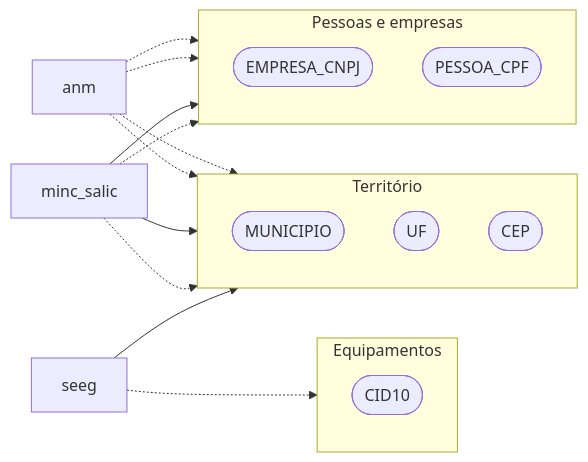
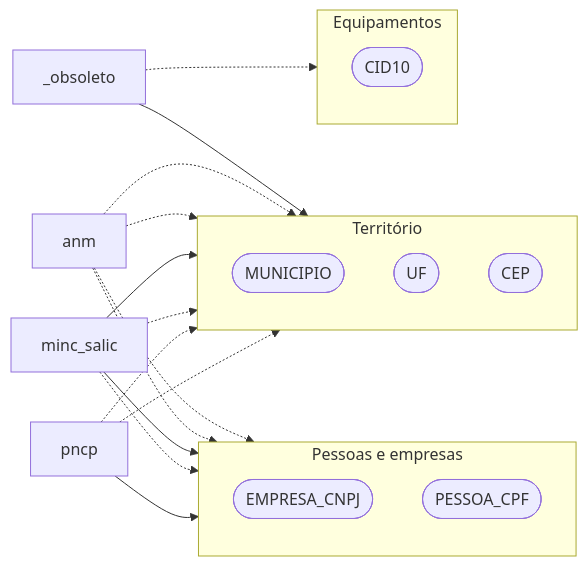
Diagram 12 of 12 in docs/Flow.md (rafapolo/rodado), drawn with Mermaid before and after one commit. The commit also changed other lines of this file and 17 other files, not shown here.

````diff
--- a/docs/Flow.md
+++ b/docs/Flow.md
@@ -958,31 +969,35 @@
 ```mermaid
 flowchart LR
+    outros__obsoleto["_obsoleto"]
     outros_br_anm["anm"]
     outros_br_minc_salic["minc_salic"]
-    outros_br_seeg["seeg"]
+    outros_br_pncp["pncp"]
     subgraph outros_g_territ_rio["Território"]
         direction TB
         outros_MUNICIPIO(["MUNICIPIO"])
         outros_UF(["UF"])
         outros_CEP(["CEP"])
     end
     subgraph outros_g_pessoas_e_empresas["Pessoas e empresas"]
         direction TB
         outros_EMPRESA_CNPJ(["EMPRESA_CNPJ"])
         outros_PESSOA_CPF(["PESSOA_CPF"])
     end
     subgraph outros_g_equipamentos["Equipamentos"]
         direction TB
         outros_CID10(["CID10"])
     end
+    outros__obsoleto -.-> outros_CID10
+    outros__obsoleto --> outros_MUNICIPIO
     outros_br_anm -.-> outros_EMPRESA_CNPJ
     outros_br_anm -.-> outros_MUNICIPIO
     outros_br_anm -.-> outros_PESSOA_CPF
     outros_br_anm -.-> outros_UF
     outros_br_minc_salic --> outros_CEP
     outros_br_minc_salic --> outros_EMPRESA_CNPJ
     outros_br_minc_salic -.-> outros_PESSOA_CPF
     outros_br_minc_salic -.-> outros_UF
-    outros_br_seeg -.-> outros_CID10
-    outros_br_seeg --> outros_MUNICIPIO
+    outros_br_pncp --> outros_EMPRESA_CNPJ
+    outros_br_pncp -.-> outros_MUNICIPIO
+    outros_br_pncp -.-> outros_UF
 ```
````
